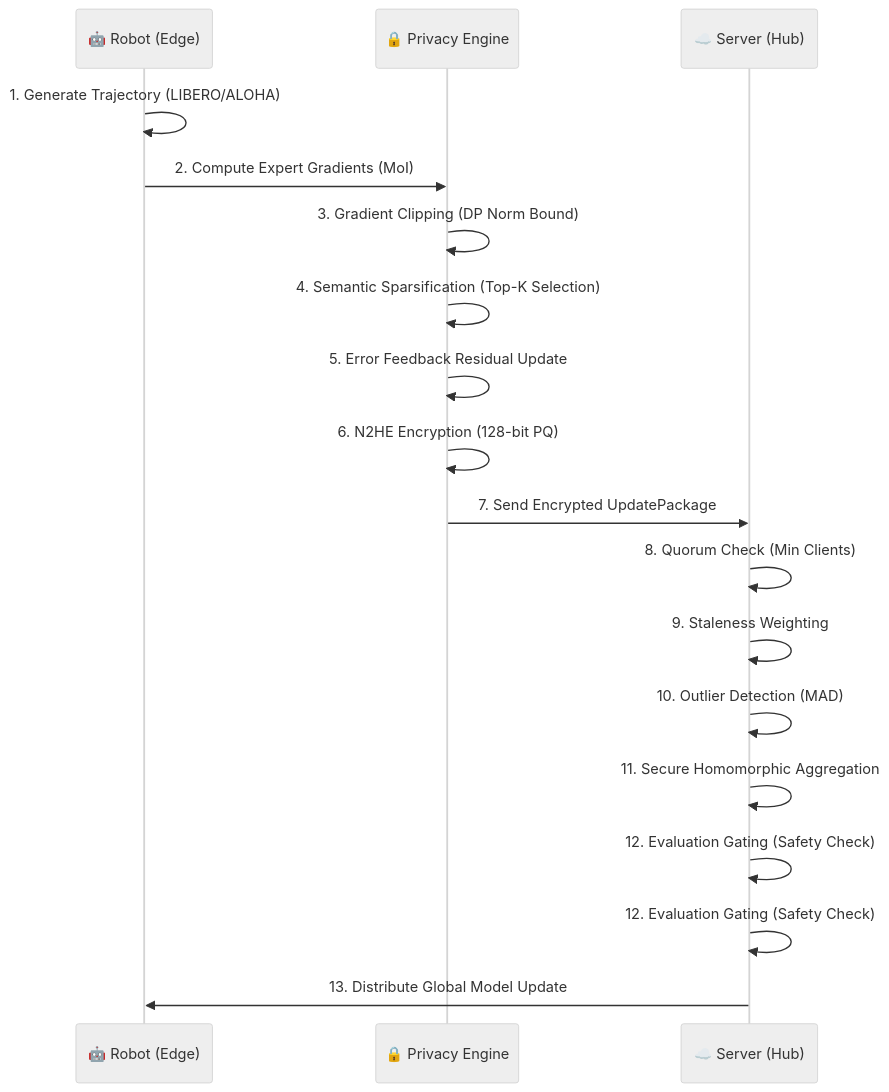
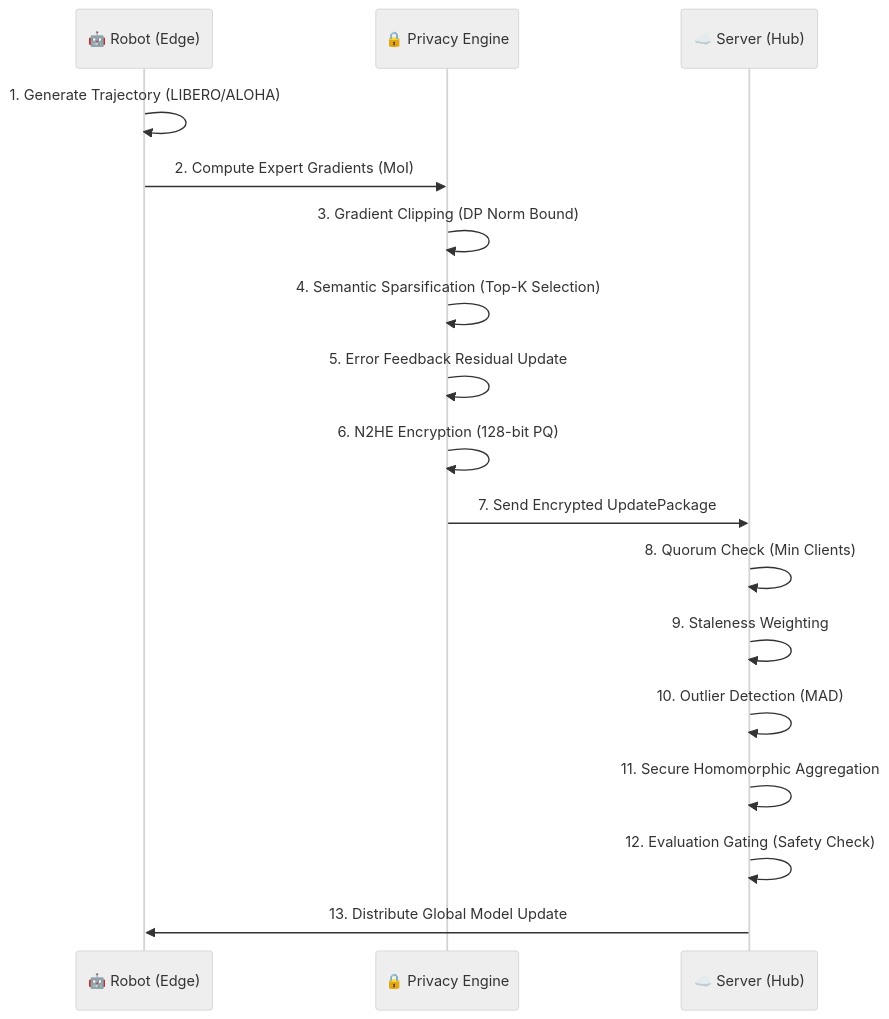
Before and after one commit to Danielfoojunwei/TensorGuard: the second of 2 diagrams in README.md, drawn with Mermaid (neutral theme). The commit also changed other lines of this file, not shown here.

````diff
--- a/README.md
+++ b/README.md
@@ -103,21 +103,20 @@
 ```mermaid
 sequenceDiagram
     participant R as 🤖 Robot (Edge)
     participant P as 🔒 Privacy Engine
     participant S as ☁️ Server (Hub)
     
     R->>R: 1. Generate Trajectory (LIBERO/ALOHA)
     R->>P: 2. Compute Expert Gradients (MoI)
     P->>P: 3. Gradient Clipping (DP Norm Bound)
     P->>P: 4. Semantic Sparsification (Top-K Selection)
     P->>P: 5. Error Feedback Residual Update
     P->>P: 6. N2HE Encryption (128-bit PQ)
     P->>S: 7. Send Encrypted UpdatePackage
     S->>S: 8. Quorum Check (Min Clients)
     S->>S: 9. Staleness Weighting
     S->>S: 10. Outlier Detection (MAD)
     S->>S: 11. Secure Homomorphic Aggregation
     S->>S: 12. Evaluation Gating (Safety Check)
-    S->>S: 12. Evaluation Gating (Safety Check)
     S->>R: 13. Distribute Global Model Update
 ```
````
